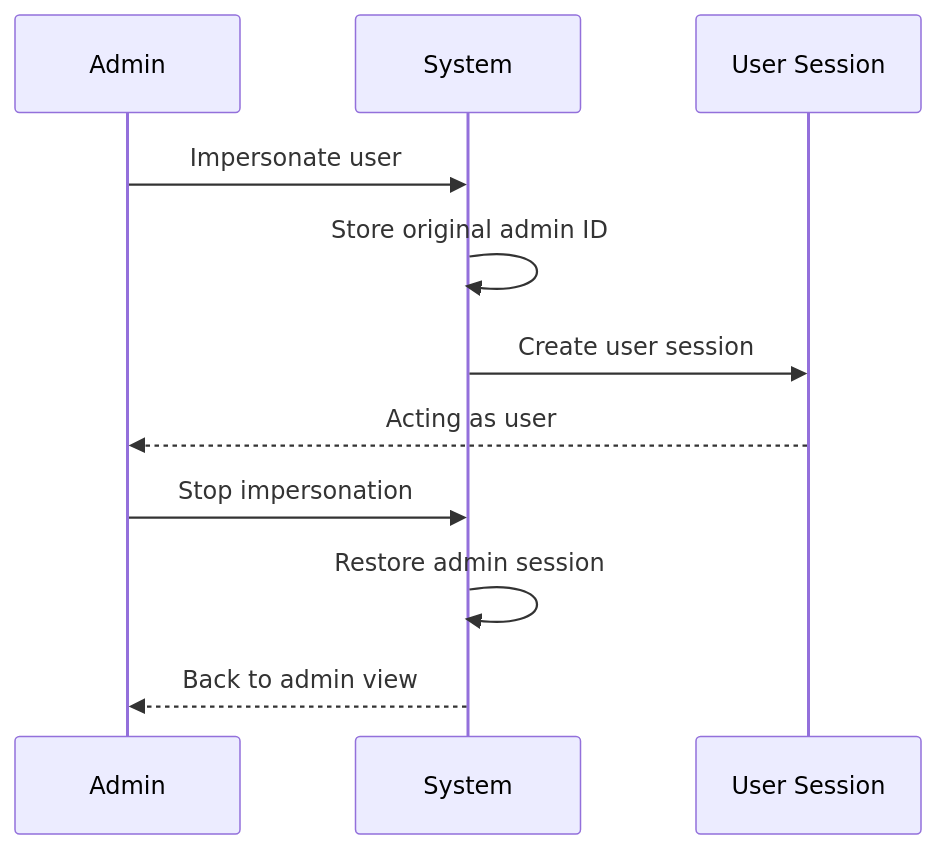
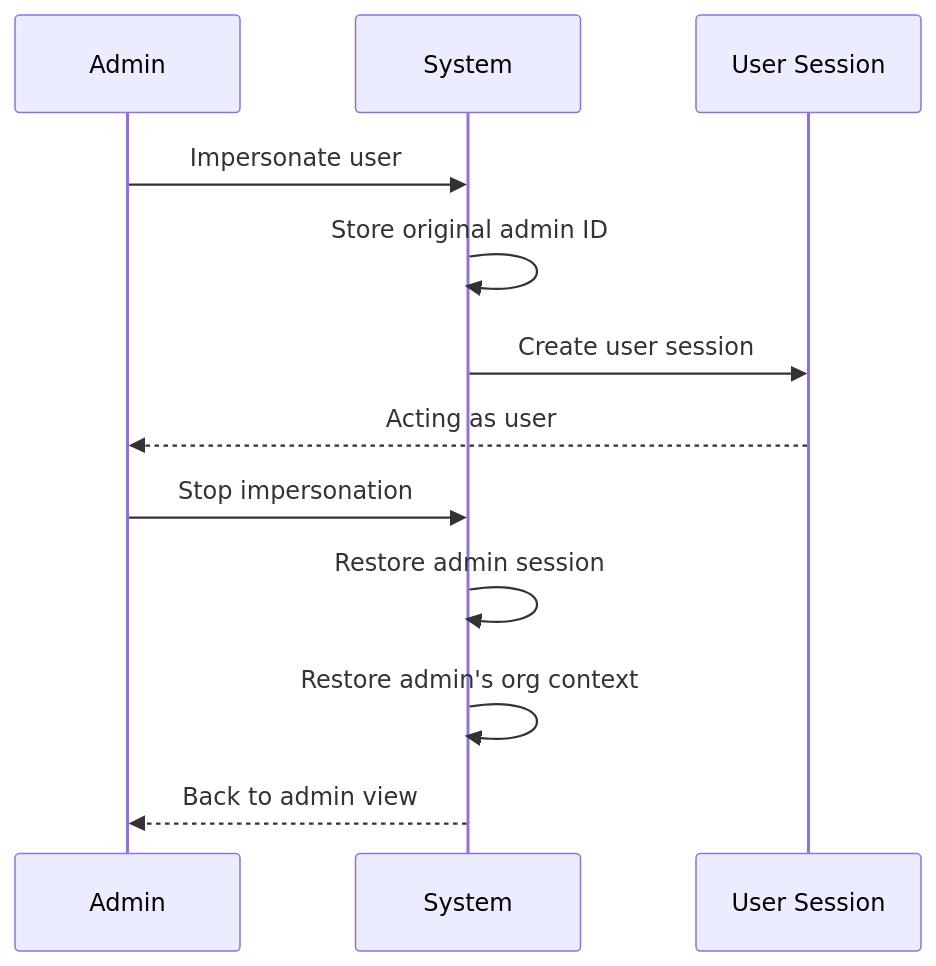
One commit to supercheck-io/supercheck changed the fourth of 4 diagrams in docs/specs/07-admin/SUPER_ADMIN_SYSTEM.md. Above: the diagram before and after it, drawn with Mermaid. The commit also changed other lines of this file and 96 other files, not shown here.

````diff
--- a/docs/specs/07-admin/SUPER_ADMIN_SYSTEM.md
+++ b/docs/specs/07-admin/SUPER_ADMIN_SYSTEM.md
@@ -225,15 +232,16 @@
 ```mermaid
 sequenceDiagram
     participant Admin
     participant System
     participant User as User Session
 
     Admin->>System: Impersonate user
     System->>System: Store original admin ID
     System->>User: Create user session
     User-->>Admin: Acting as user
 
     Admin->>System: Stop impersonation
     System->>System: Restore admin session
+    System->>System: Restore admin's org context
     System-->>Admin: Back to admin view
 ```
````
